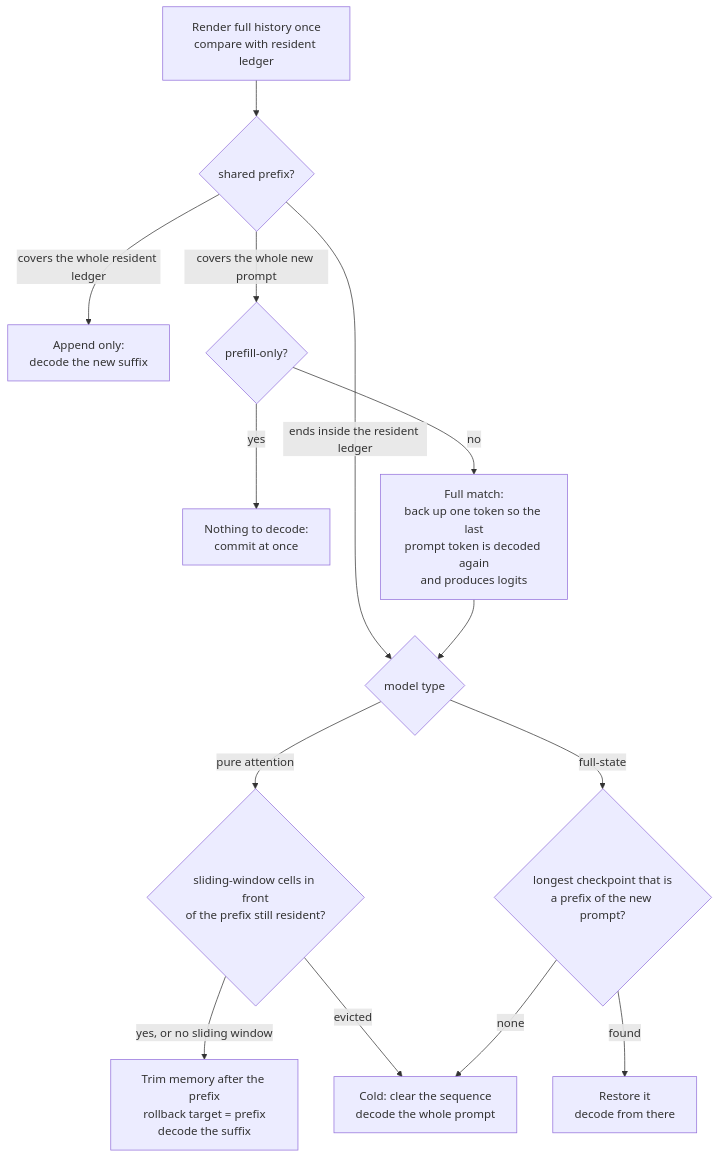
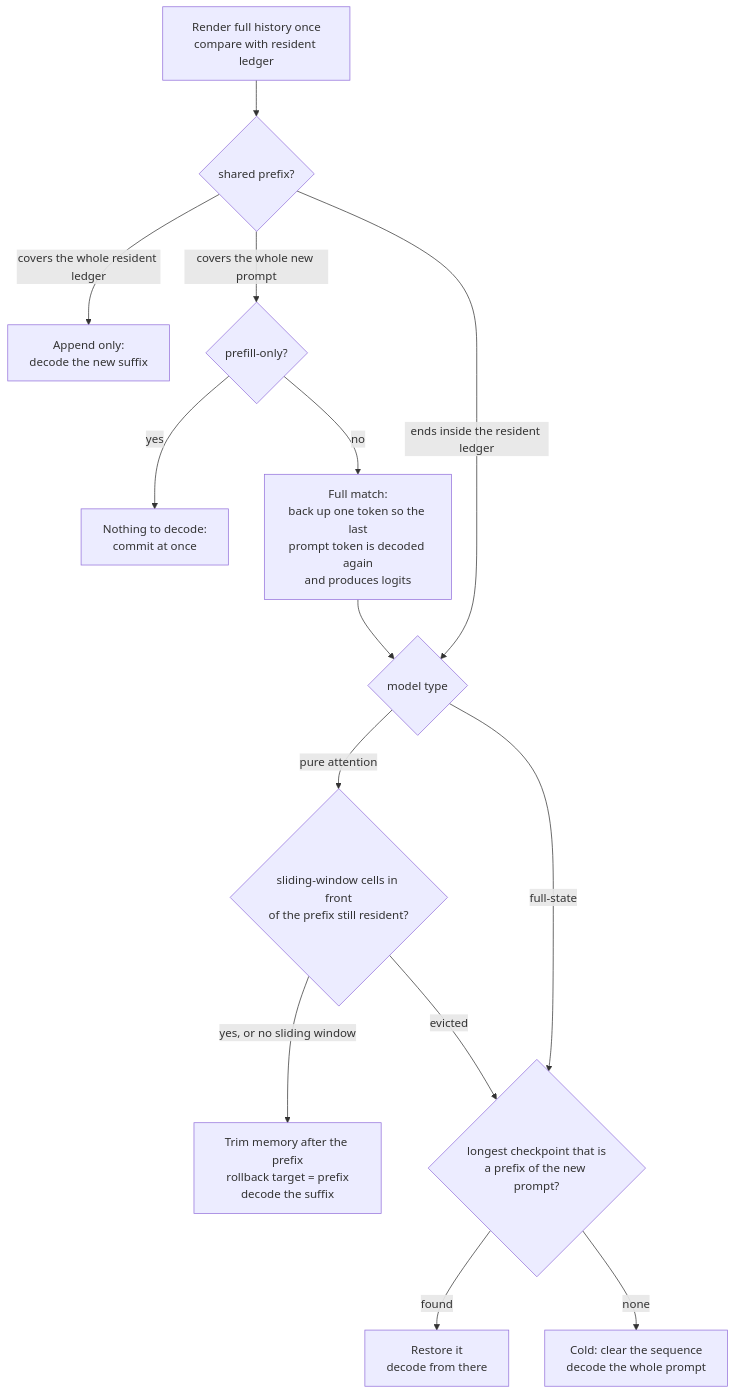
One commit to tetherto/qvac changed the third of 6 diagrams in packages/llm-llamacpp/docs/cache-lifecycle.md. Above: the diagram before and after it, drawn with Mermaid. The commit also changed other lines of this file and 6 other files, not shown here.

````diff
--- a/packages/llm-llamacpp/docs/cache-lifecycle.md
+++ b/packages/llm-llamacpp/docs/cache-lifecycle.md
@@ -115,16 +117,16 @@
 ```mermaid
 flowchart TD
     A[Render full history once<br/>compare with resident ledger] --> B{shared prefix?}
     B -->|covers the whole resident ledger| C[Append only:<br/>decode the new suffix]
     B -->|covers the whole new prompt| P{prefill-only?}
     P -->|yes| Q[Nothing to decode:<br/>commit at once]
     P -->|no| D[Full match:<br/>back up one token so the last<br/>prompt token is decoded again<br/>and produces logits]
     B -->|ends inside the resident ledger| E{model type}
     E -->|pure attention| W{sliding-window cells in front<br/>of the prefix still resident?}
     W -->|yes, or no sliding window| F[Trim memory after the prefix<br/>rollback target = prefix<br/>decode the suffix]
-    W -->|evicted| I
+    W -->|evicted| G
     E -->|full-state| G{longest checkpoint that is<br/>a prefix of the new prompt?}
     G -->|found| H[Restore it<br/>decode from there]
     G -->|none| I[Cold: clear the sequence<br/>decode the whole prompt]
     D --> E
 ```
````
